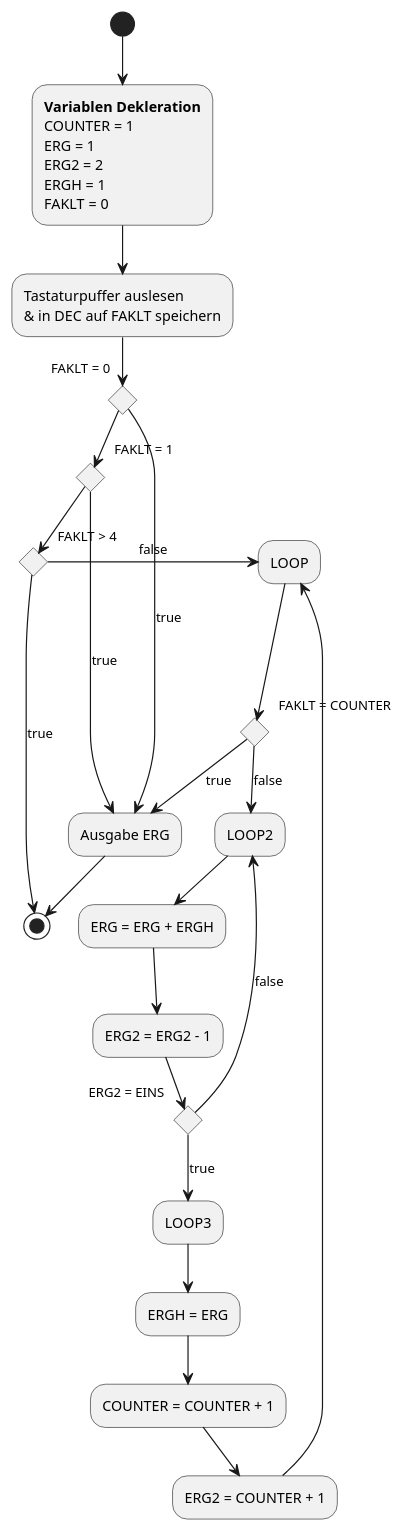
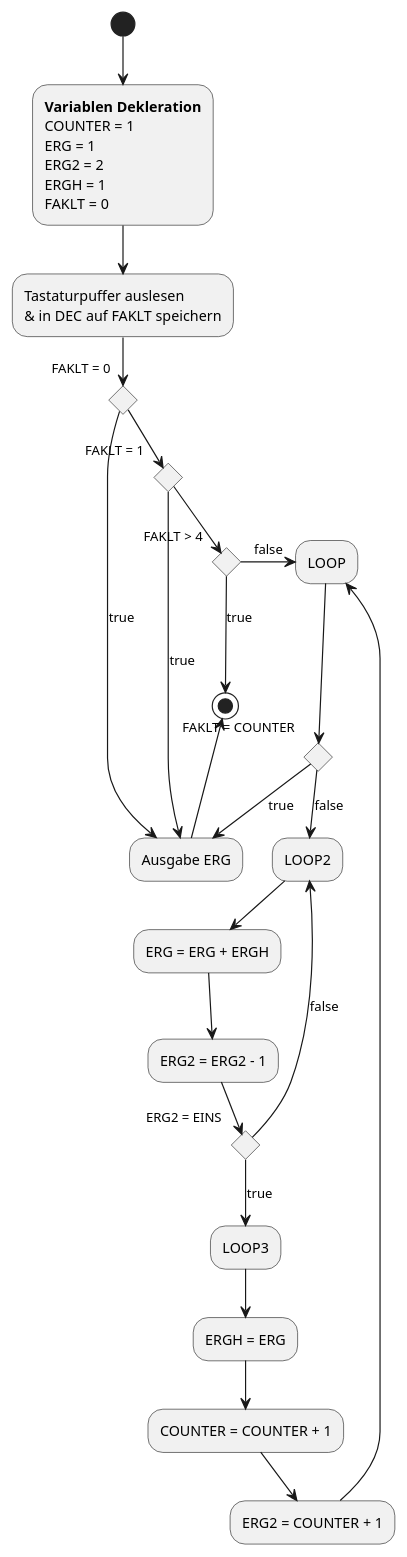
One commit to duha887b/MRT1_Assambler changed the diagram in Protokoll/Aktivitätsdiagramm.puml. Above: the diagram before and after it, drawn with PlantUML. The commit also changed 1 other file, not shown here.

```diff
--- a/Protokoll/Aktivitätsdiagramm.puml
+++ b/Protokoll/Aktivitätsdiagramm.puml
@@ -1,57 +1,55 @@
 @startuml
 'https://plantuml.com/activity-diagram-beta
-
-
 (*) --> "**Variablen Dekleration**
           COUNTER = 1
           ERG = 1
           ERG2 = 2
           ERGH = 1
           FAKLT = 0
           "
 
 -->"Tastaturpuffer auslesen
     & in DEC auf FAKLT speichern"
 
 if "FAKLT = 0" then
 --> [true]"Ausgabe ERG"
--->(*)
+-left->(*)
 else
-    if "FAKLT = 1" then
+    -->if "FAKLT = 1" then
     -> [true]"Ausgabe ERG"
     else
         if "FAKLT > 4" then
         -->[true](*)
         else
         ->[false]"LOOP"
         Endif
         Endif
         Endif
 
 --->if "FAKLT = COUNTER" then
     -->[true]"Ausgabe ERG"
     else
     -->[false]"LOOP2"
     Endif
 
 -->"ERG = ERG + ERGH"
 -->"ERG2 = ERG2 - 1"
 
 if "ERG2 = EINS" then
     -->[true]"LOOP3"
     -->"ERGH = ERG"
     -->"COUNTER = COUNTER + 1"
     -->"ERG2 = COUNTER + 1"
     -->"LOOP"
     else
     -->[false]"LOOP2"
     Endif
 
 
 
 
 
 
 
 
 @enduml
```
